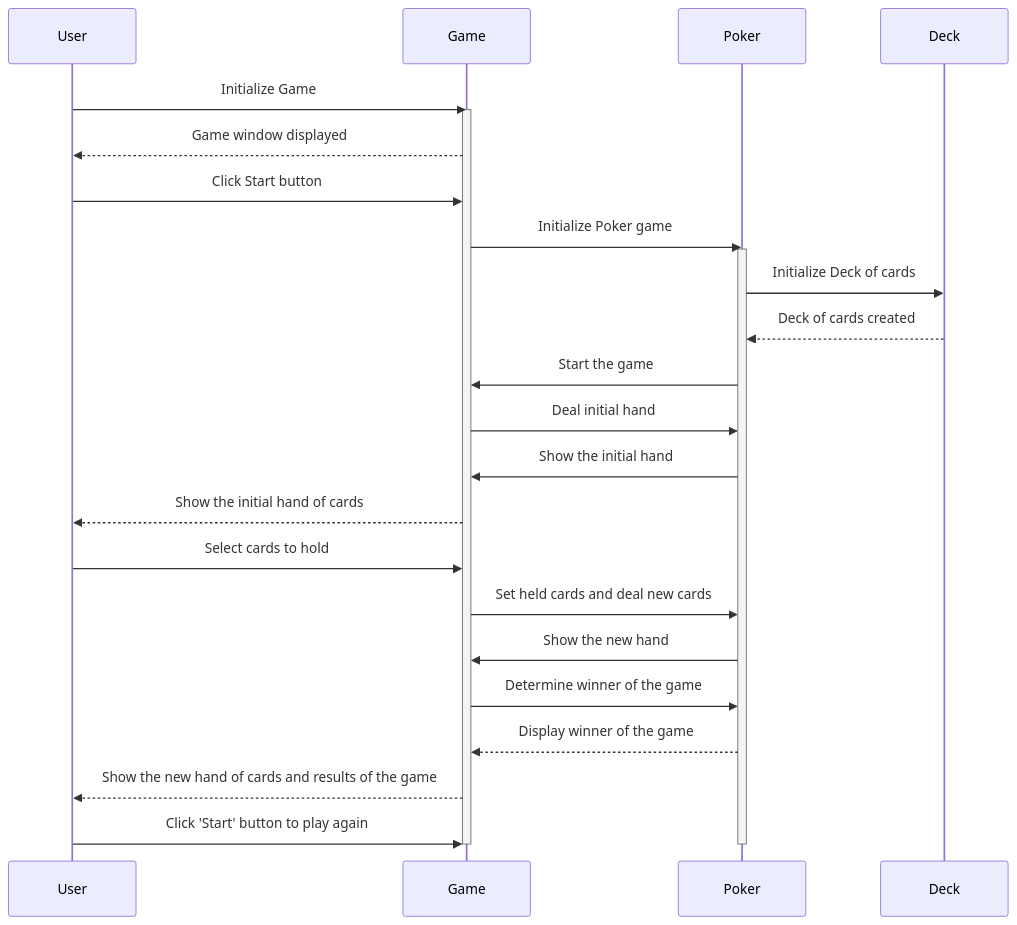
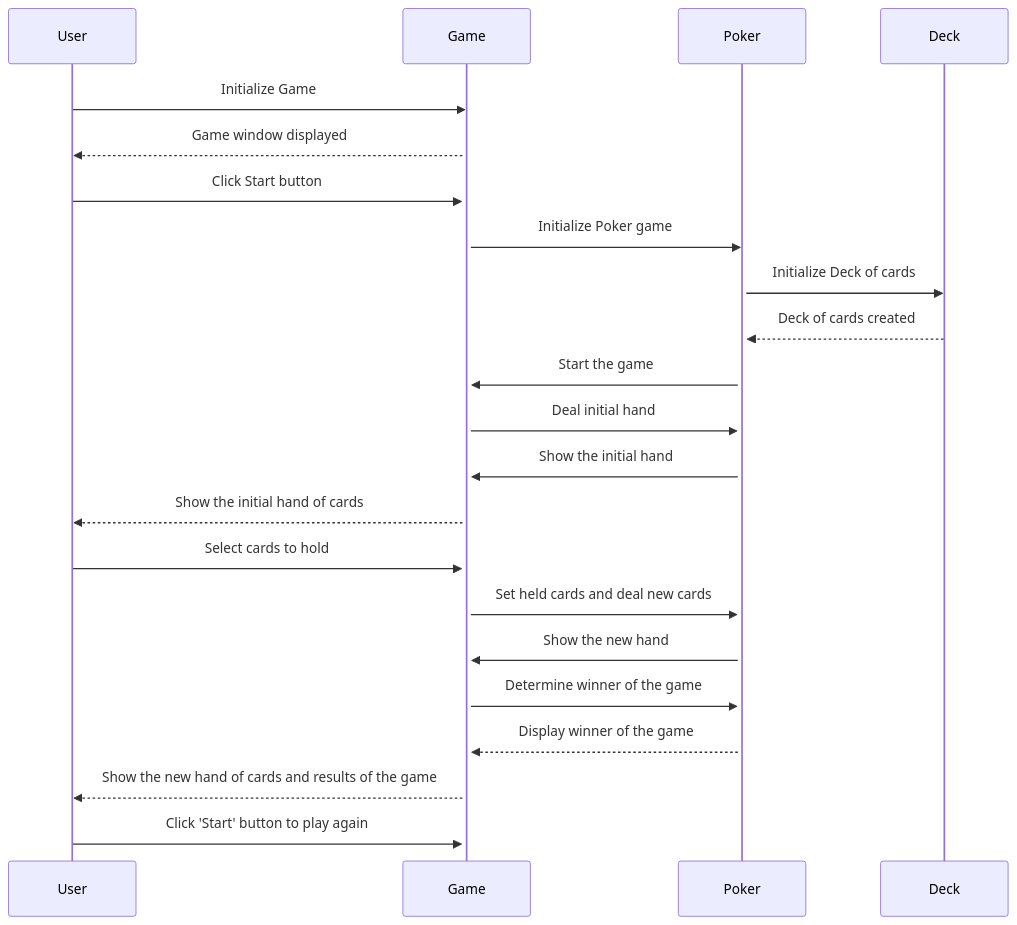
One commit to JesseHantula/JokerPoker changed the diagram in documentation/architecture.md. Above: the diagram before and after it, drawn with Mermaid.

Commit message:
documentation update

````diff
--- a/documentation/architecture.md
+++ b/documentation/architecture.md
@@ -8,26 +8,22 @@
 ```mermaid
     sequenceDiagram
-        participant User
-        participant Game
         User->>Game: Initialize Game
         activate Game
         Game-->>User: Game window displayed
         User->>Game: Click Start button
         Game->>Poker: Initialize Poker game
         activate Poker
         Poker->>Deck: Initialize Deck of cards
         Deck-->>Poker: Deck of cards created
         Poker->>Game: Start the game
         Game->>Poker: Deal initial hand
         Poker->>Game: Show the initial hand
         Game-->>User: Show the initial hand of cards
         User->>Game: Select cards to hold
         Game->>Poker: Set held cards and deal new cards
         Poker->>Game: Show the new hand
         Game->>Poker: Determine winner of the game
         Poker-->>Game: Display winner of the game
         Game-->>User: Show the new hand of cards and results of the game
         User->>Game: Click 'Start' button to play again
-        deactivate Poker
-        deactivate Game
 ```
````
